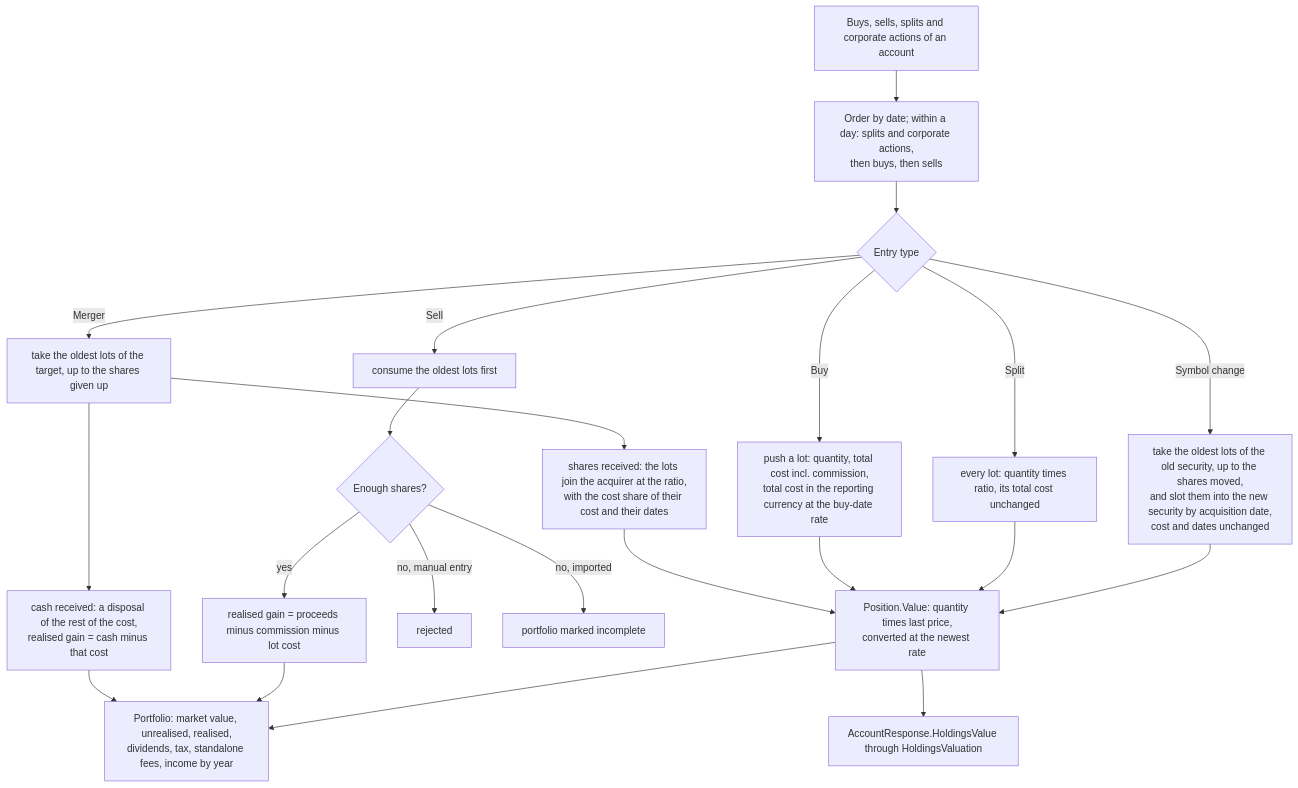
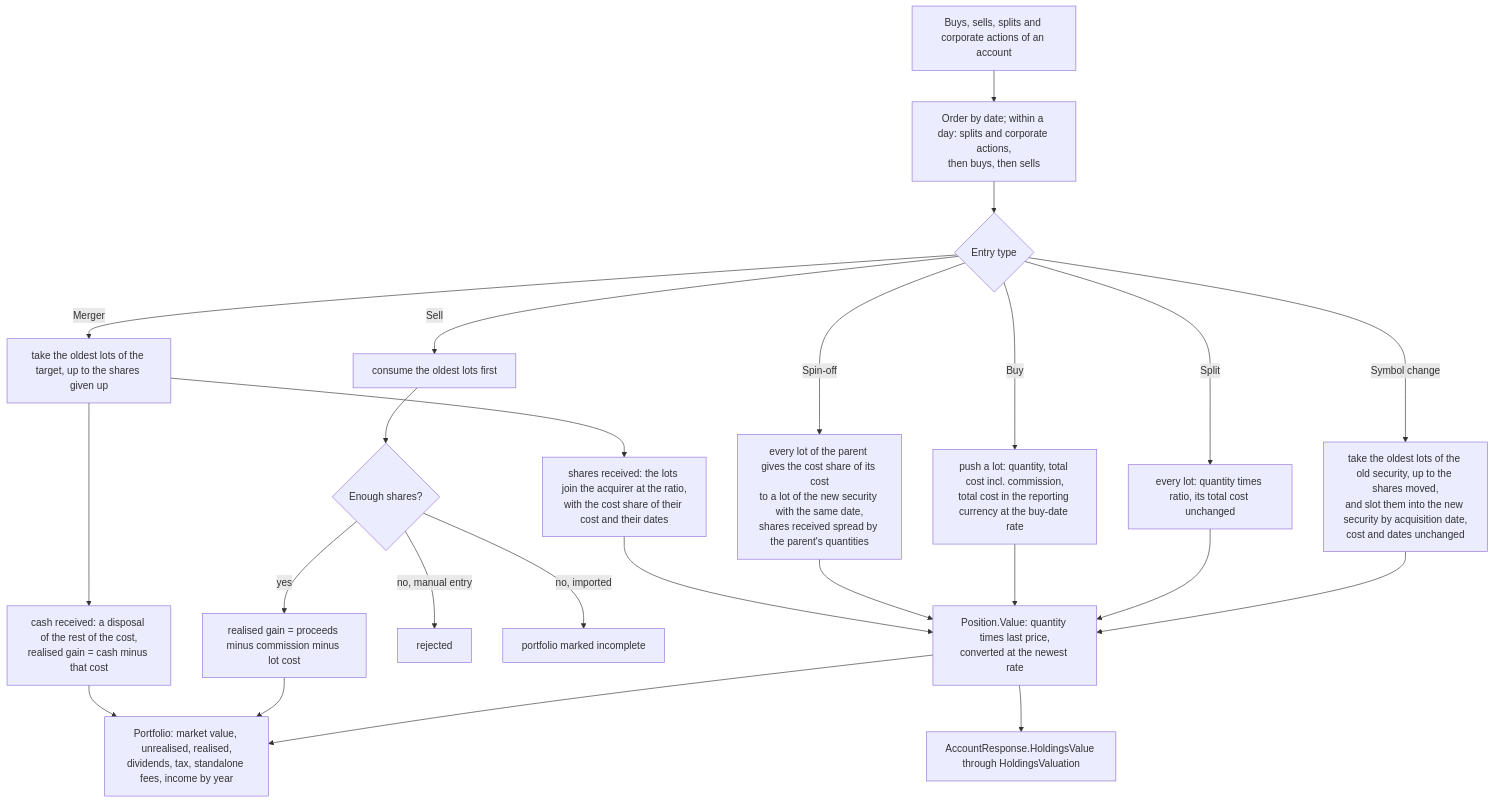
The first of 10 diagrams in docs/features/investments.md (Justxs/Jx-Finance), drawn with Mermaid before and after one commit. The commit also changed other lines of this file and 38 other files, not shown here.

Commit message:
feat(investments): book spin-offs with a cost allocation

````diff
--- a/docs/features/investments.md
+++ b/docs/features/investments.md
@@ -11,24 +11,26 @@
 ```mermaid
 flowchart TD
     Entries["Buys, sells, splits and corporate actions of an account"] --> Order["Order by date; within a day: splits and corporate actions,<br/>then buys, then sells"]
     Order --> Kind{"Entry type"}
     Kind -->|"Buy"| Lot["push a lot: quantity, total cost incl. commission,<br/>total cost in the reporting currency at the buy-date rate"]
     Kind -->|"Split"| Ratio["every lot: quantity times ratio, its total cost unchanged"]
     Kind -->|"Symbol change"| Move["take the oldest lots of the old security, up to the shares moved,<br/>and slot them into the new security by acquisition date,<br/>cost and dates unchanged"]
     Kind -->|"Merger"| Merge["take the oldest lots of the target, up to the shares given up"]
     Merge --> Shares["shares received: the lots join the acquirer at the ratio,<br/>with the cost share of their cost and their dates"]
     Merge --> CashPart["cash received: a disposal of the rest of the cost,<br/>realised gain = cash minus that cost"]
     Shares --> Pos
     CashPart --> Totals
+    Kind -->|"Spin-off"| Carve["every lot of the parent gives the cost share of its cost<br/>to a lot of the new security with the same date,<br/>shares received spread by the parent's quantities"]
+    Carve --> Pos
     Kind -->|"Sell"| Fifo["consume the oldest lots first"]
     Fifo --> Cover{"Enough shares?"}
     Cover -->|"no, manual entry"| Reject["rejected"]
     Cover -->|"no, imported"| Incomplete["portfolio marked incomplete"]
     Cover -->|"yes"| Realised["realised gain = proceeds minus commission minus lot cost"]
     Lot --> Pos["Position.Value: quantity times last price,<br/>converted at the newest rate"]
     Ratio --> Pos
     Move --> Pos
     Realised --> Totals["Portfolio: market value, unrealised, realised,<br/>dividends, tax, standalone fees, income by year"]
     Pos --> Totals
     Pos --> AccBal["AccountResponse.HoldingsValue through HoldingsValuation"]
 ```
````
